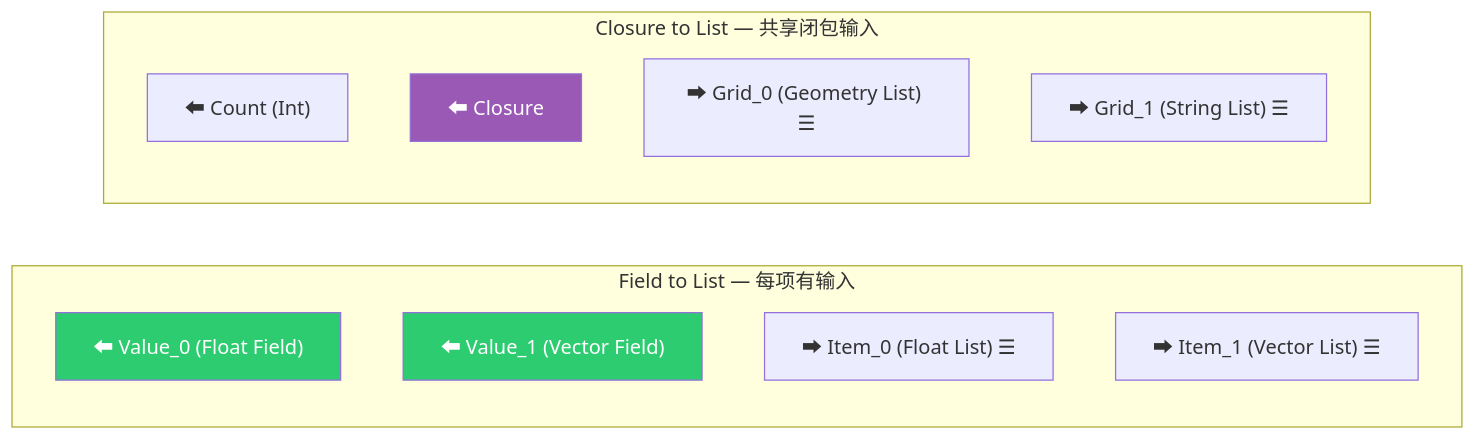
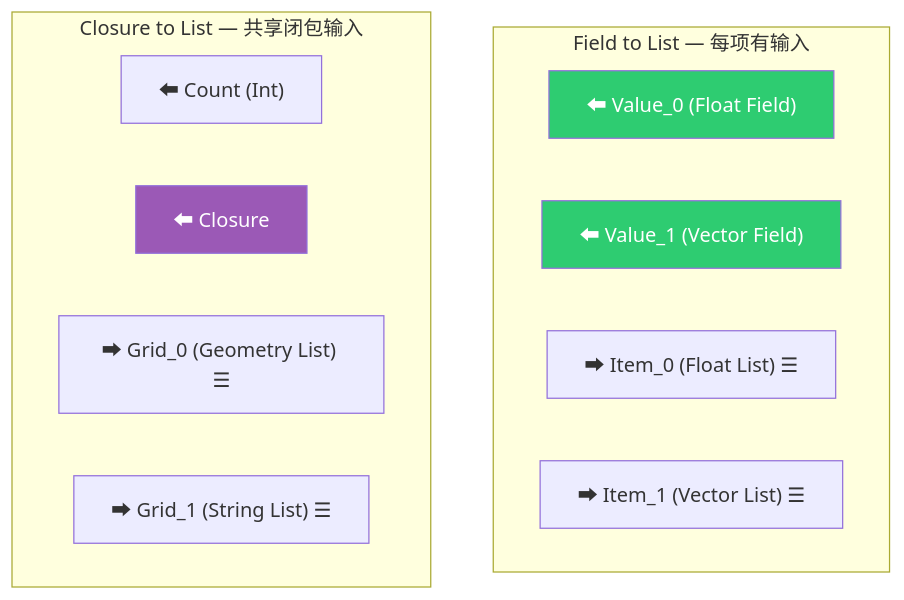
One commit to yunkezengren/blender-.vscode changed the seventh of 34 diagrams in 杂/markdown/几何节点-列表/09-ClosureToList节点.md. Above: the diagram before and after it, drawn with Mermaid. The commit also changed other lines of this file and 1 other file, not shown here.

````diff
--- a/杂/markdown/几何节点-列表/09-ClosureToList节点.md
+++ b/杂/markdown/几何节点-列表/09-ClosureToList节点.md
@@ -438,20 +443,20 @@
 ```mermaid
-graph LR
+graph TD
     subgraph "Field to List — 每项有输入"
         FL_In0["⬅ Value_0 (Float Field)"]
         FL_In1["⬅ Value_1 (Vector Field)"]
         FL_Out0["➡ Item_0 (Float List) ☰"]
         FL_Out1["➡ Item_1 (Vector List) ☰"]
     end
 
     subgraph "Closure to List — 共享闭包输入"
         CL_In0["⬅ Count (Int)"]
         CL_In1["⬅ Closure"]
         CL_Out0["➡ Grid_0 (Geometry List) ☰"]
         CL_Out1["➡ Grid_1 (String List) ☰"]
     end
 
     style FL_In0 fill:#2ecc71,color:#fff
     style FL_In1 fill:#2ecc71,color:#fff
     style CL_In1 fill:#9b59b6,color:#fff
 ```
````
